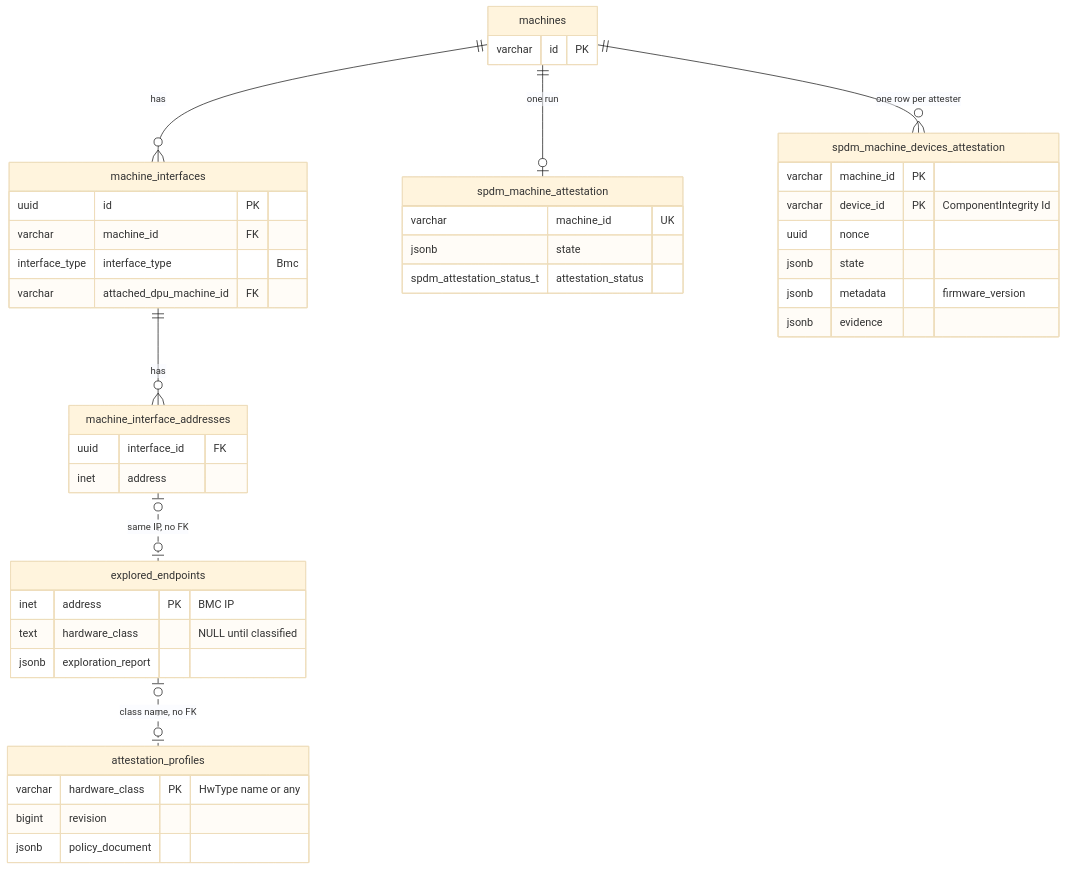
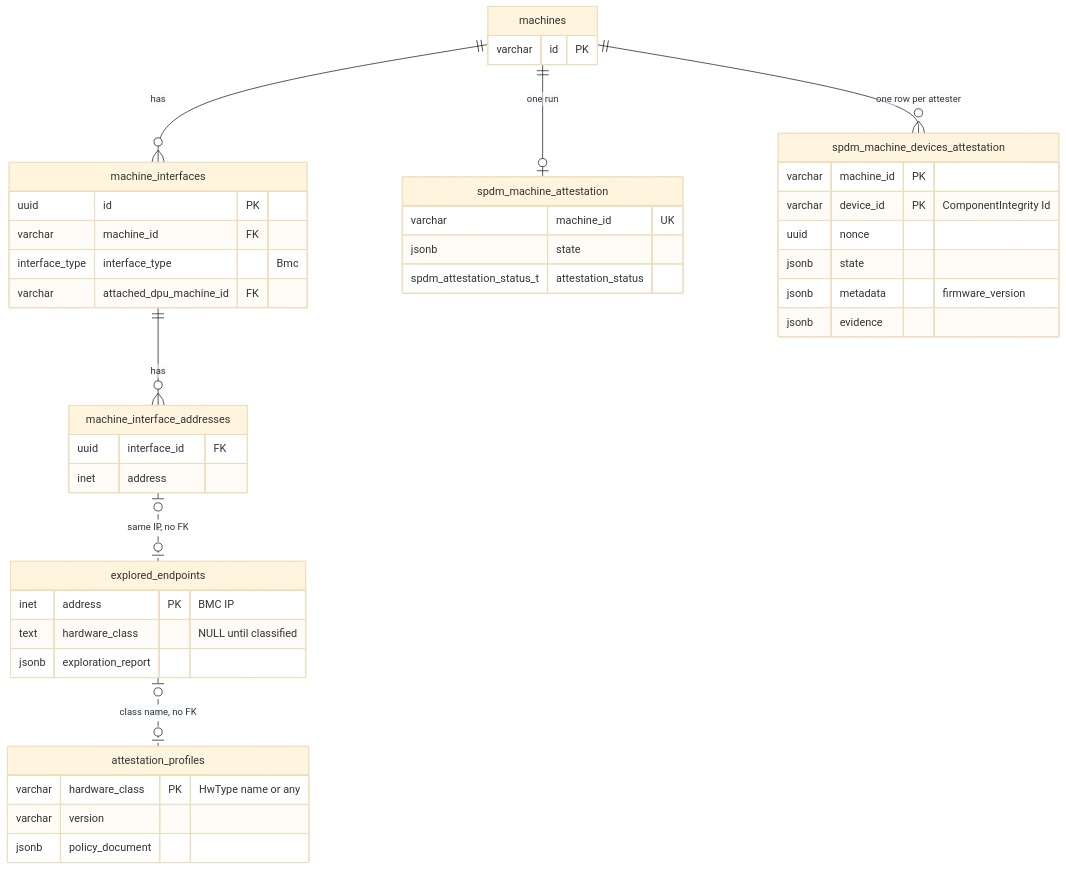
One commit to dsx-ai-factory/infra-controller changed the third of 3 diagrams in docs/design/attestation/attestation-profiles.md. Above: the diagram before and after it, drawn with Mermaid (base theme). The commit also changed other lines of this file and 13 other files, not shown here.

````diff
--- a/docs/design/attestation/attestation-profiles.md
+++ b/docs/design/attestation/attestation-profiles.md
@@ -607,46 +594,46 @@
 ```mermaid
 erDiagram
     machines ||--o{ machine_interfaces : has
     machine_interfaces ||--o{ machine_interface_addresses : has
     machine_interface_addresses |o..o| explored_endpoints : "same IP, no FK"
     explored_endpoints |o..o| attestation_profiles : "class name, no FK"
     machines ||--o| spdm_machine_attestation : "one run"
     machines ||--o{ spdm_machine_devices_attestation : "one row per attester"
 
     machines {
         varchar id PK
     }
     machine_interfaces {
         uuid id PK
         varchar machine_id FK
         interface_type interface_type "Bmc"
         varchar attached_dpu_machine_id FK
     }
     machine_interface_addresses {
         uuid interface_id FK
         inet address
     }
     explored_endpoints {
         inet address PK "BMC IP"
         text hardware_class "NULL until classified"
         jsonb exploration_report
     }
     attestation_profiles {
         varchar hardware_class PK "HwType name or any"
-        bigint revision
+        varchar version
         jsonb policy_document
     }
     spdm_machine_attestation {
         varchar machine_id UK
         jsonb state
         spdm_attestation_status_t attestation_status
     }
     spdm_machine_devices_attestation {
         varchar machine_id PK
         varchar device_id PK "ComponentIntegrity Id"
         uuid nonce
         jsonb state
         jsonb metadata "firmware_version"
         jsonb evidence
     }
 ```
````
